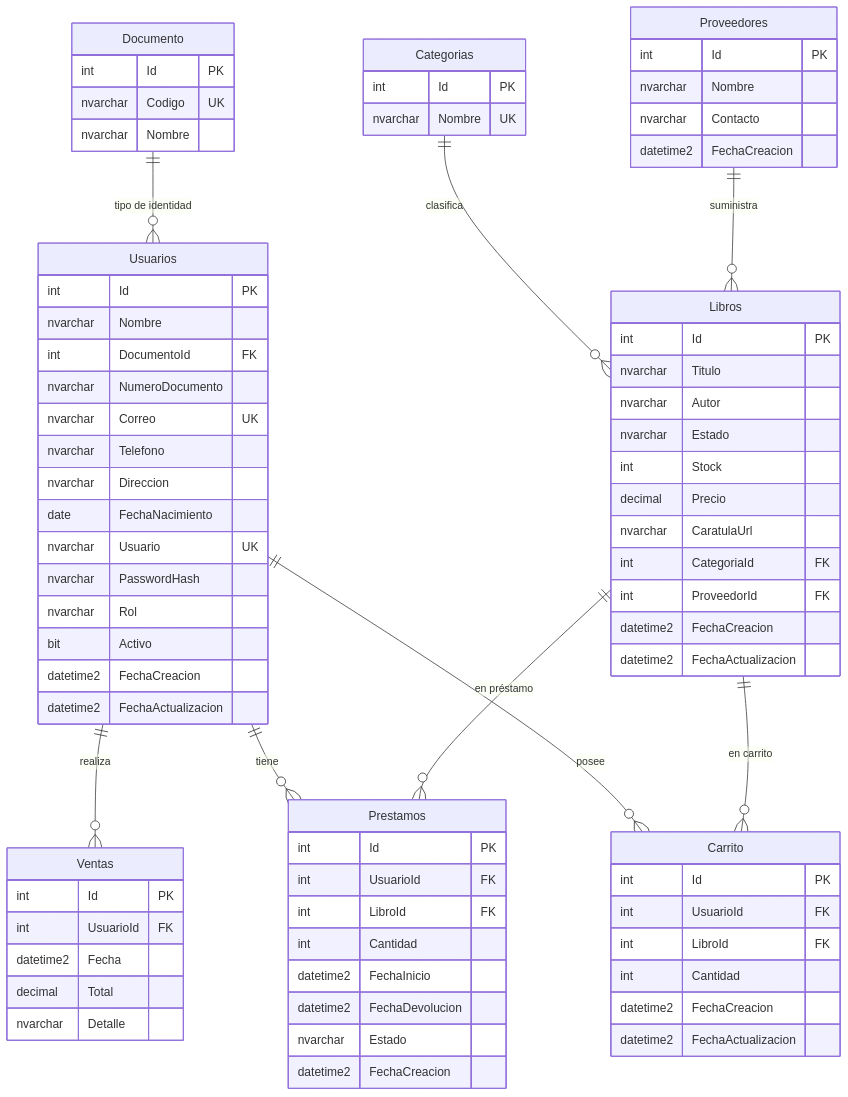
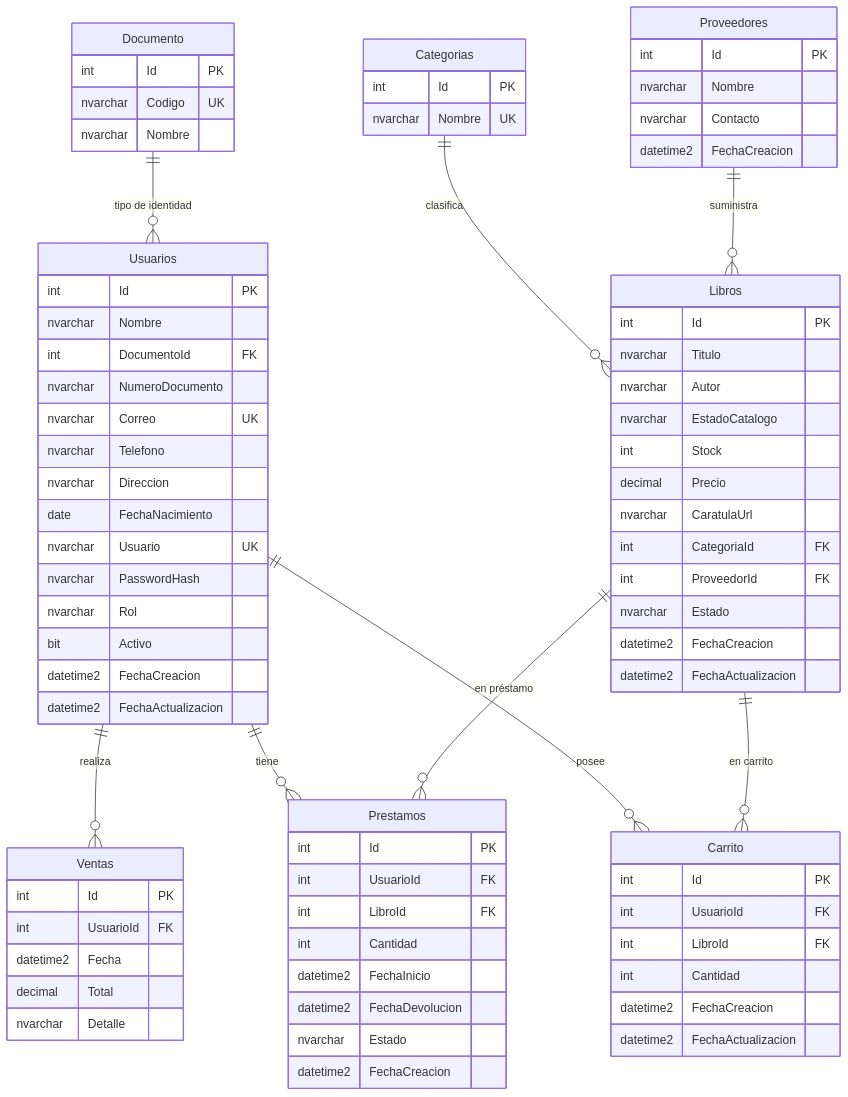
Before and after one commit to val3-10/Libreria-web: the second of 2 diagrams in README.md, drawn with Mermaid. The commit also changed other lines of this file and 4 other files, not shown here.

```diff
--- a/README.md
+++ b/README.md
@@ -105,12 +105,13 @@
     int Id PK
     nvarchar Titulo
     nvarchar Autor
-    nvarchar Estado
+    nvarchar EstadoCatalogo
     int Stock
     decimal Precio
     nvarchar CaratulaUrl
     int CategoriaId FK
     int ProveedorId FK
+    nvarchar Estado
     datetime2 FechaCreacion
     datetime2 FechaActualizacion
   }
```
